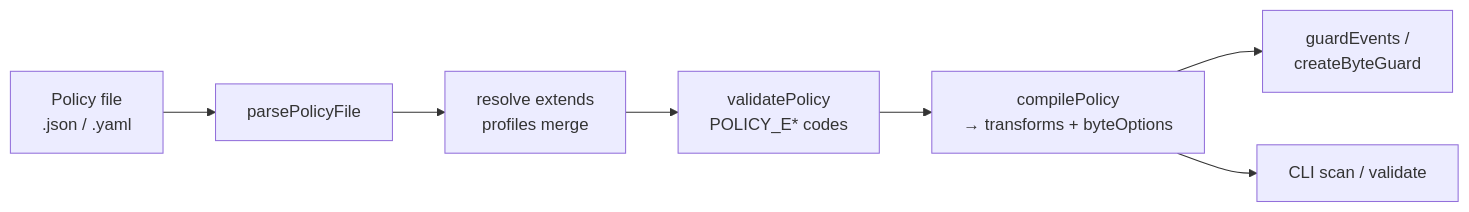
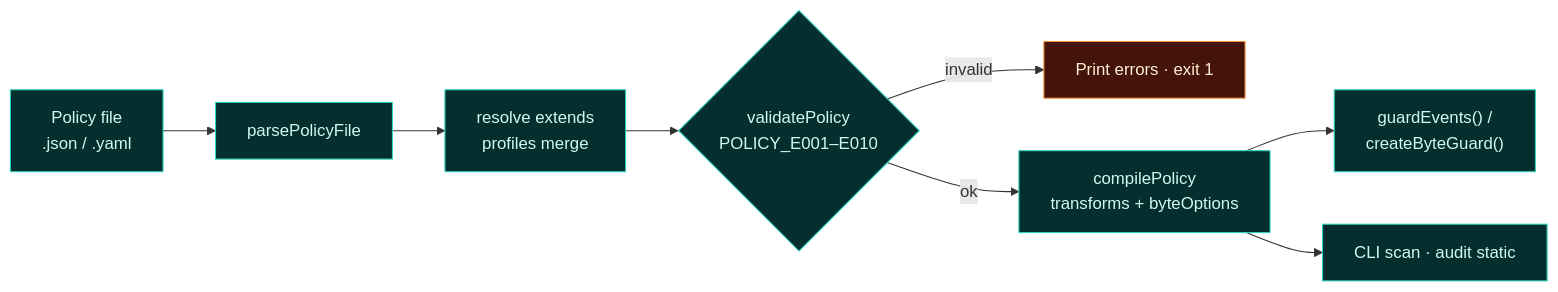
Before and after one commit to 01laky/llm-stream-guard: the diagram in docs/img/policy-compile.mmd, drawn with Mermaid. The commit also changed 35 other files, not shown here.

First line of the commit message:
Docs: beginner guides, reference docs, and diagram overhaul (0.8.0 prep).

```diff
--- a/docs/img/policy-compile.mmd
+++ b/docs/img/policy-compile.mmd
@@ -1,12 +1,21 @@
 flowchart LR
-  file["Policy file\n.json / .yaml"]
+  file["Policy file<br/>.json / .yaml"]
   parse["parsePolicyFile"]
-  merge["resolve extends\nprofiles merge"]
-  validate["validatePolicy\nPOLICY_E* codes"]
-  compile["compilePolicy\n→ transforms + byteOptions"]
-  runtime["guardEvents /\ncreateByteGuard"]
-  cli["CLI scan / validate"]
+  merge["resolve extends<br/>profiles merge"]
+  validate{"validatePolicy<br/>POLICY_E001–E010"}
+  fail["Print errors · exit 1"]
+  compile["compilePolicy<br/>transforms + byteOptions"]
+  runtime["guardEvents() /<br/>createByteGuard()"]
+  cli["CLI scan · audit static"]
 
-  file --> parse --> merge --> validate --> compile
+  file --> parse --> merge --> validate
+  validate -->|invalid| fail
+  validate -->|ok| compile
   compile --> runtime
   compile --> cli
+
+  classDef ok fill:#042f2e,stroke:#2dd4bf,color:#ccfbf1
+  classDef err fill:#431407,stroke:#fb923c,color:#ffedd5
+  class file,parse,merge,compile,runtime,cli ok
+  class validate ok
+  class fail err
```
